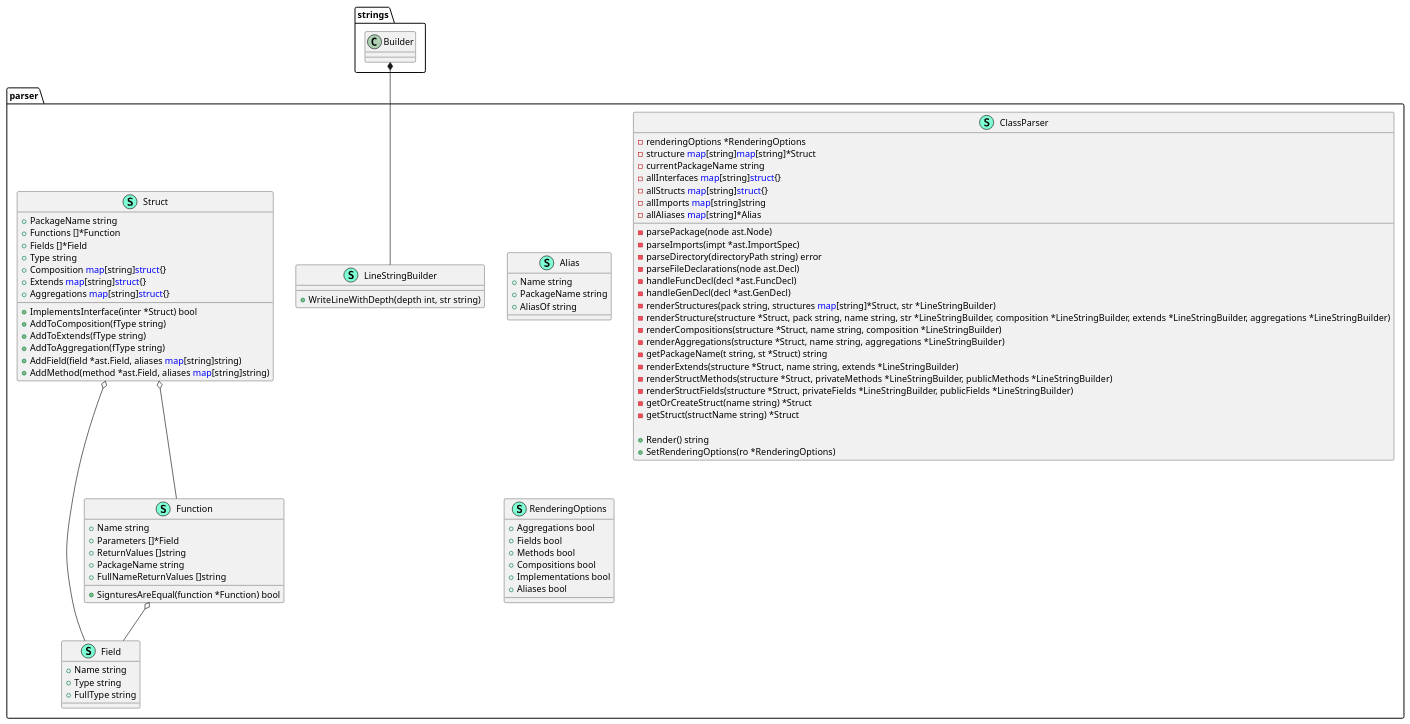
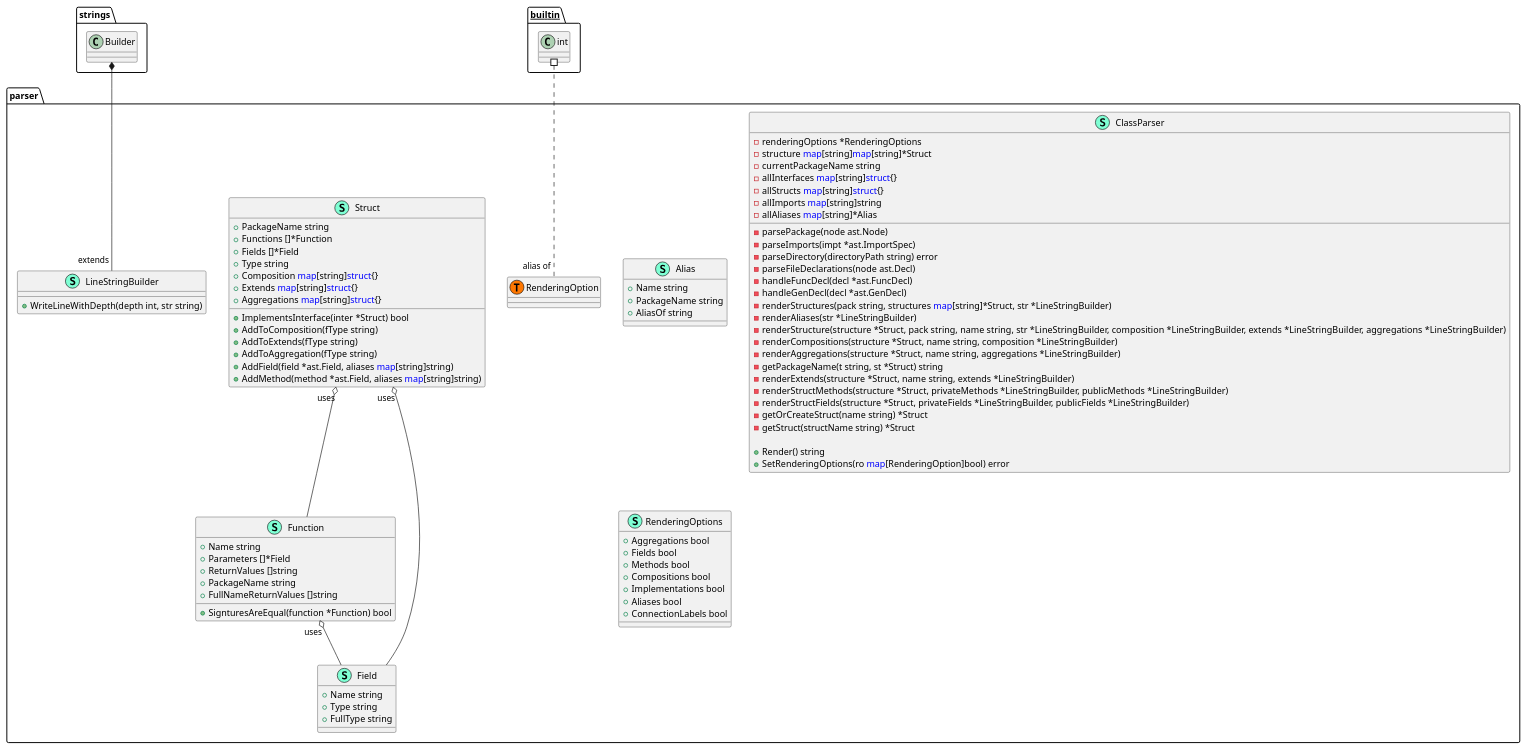
One commit to thgoexpt/PlantUML-Class-Diagram-Generator-for-golang-projects changed the diagram in ClassDiagram.puml. Above: the diagram before and after it, drawn with PlantUML. The commit also changed 5 other files, not shown here.

```diff
--- a/ClassDiagram.puml
+++ b/ClassDiagram.puml
@@ -1,93 +1,98 @@
 @startuml
 namespace parser {
     class Alias << (S,Aquamarine) >> {
         + Name string
         + PackageName string
         + AliasOf string
 
     }
     class ClassParser << (S,Aquamarine) >> {
         - renderingOptions *RenderingOptions
         - structure <font color=blue>map</font>[string]<font color=blue>map</font>[string]*Struct
         - currentPackageName string
         - allInterfaces <font color=blue>map</font>[string]<font color=blue>struct</font>{}
         - allStructs <font color=blue>map</font>[string]<font color=blue>struct</font>{}
         - allImports <font color=blue>map</font>[string]string
         - allAliases <font color=blue>map</font>[string]*Alias
 
         - parsePackage(node ast.Node) 
         - parseImports(impt *ast.ImportSpec) 
         - parseDirectory(directoryPath string) error
         - parseFileDeclarations(node ast.Decl) 
         - handleFuncDecl(decl *ast.FuncDecl) 
         - handleGenDecl(decl *ast.GenDecl) 
         - renderStructures(pack string, structures <font color=blue>map</font>[string]*Struct, str *LineStringBuilder) 
+        - renderAliases(str *LineStringBuilder) 
         - renderStructure(structure *Struct, pack string, name string, str *LineStringBuilder, composition *LineStringBuilder, extends *LineStringBuilder, aggregations *LineStringBuilder) 
         - renderCompositions(structure *Struct, name string, composition *LineStringBuilder) 
         - renderAggregations(structure *Struct, name string, aggregations *LineStringBuilder) 
         - getPackageName(t string, st *Struct) string
         - renderExtends(structure *Struct, name string, extends *LineStringBuilder) 
         - renderStructMethods(structure *Struct, privateMethods *LineStringBuilder, publicMethods *LineStringBuilder) 
         - renderStructFields(structure *Struct, privateFields *LineStringBuilder, publicFields *LineStringBuilder) 
         - getOrCreateStruct(name string) *Struct
         - getStruct(structName string) *Struct
 
         + Render() string
-        + SetRenderingOptions(ro *RenderingOptions) 
+        + SetRenderingOptions(ro <font color=blue>map</font>[RenderingOption]bool) error
 
     }
     class Field << (S,Aquamarine) >> {
         + Name string
         + Type string
         + FullType string
 
     }
     class Function << (S,Aquamarine) >> {
         + Name string
         + Parameters []*Field
         + ReturnValues []string
         + PackageName string
         + FullNameReturnValues []string
 
         + SignturesAreEqual(function *Function) bool
 
     }
     class LineStringBuilder << (S,Aquamarine) >> {
         + WriteLineWithDepth(depth int, str string) 
 
     }
     class RenderingOptions << (S,Aquamarine) >> {
         + Aggregations bool
         + Fields bool
         + Methods bool
         + Compositions bool
         + Implementations bool
         + Aliases bool
+        + ConnectionLabels bool
 
     }
     class Struct << (S,Aquamarine) >> {
         + PackageName string
         + Functions []*Function
         + Fields []*Field
         + Type string
         + Composition <font color=blue>map</font>[string]<font color=blue>struct</font>{}
         + Extends <font color=blue>map</font>[string]<font color=blue>struct</font>{}
         + Aggregations <font color=blue>map</font>[string]<font color=blue>struct</font>{}
 
         + ImplementsInterface(inter *Struct) bool
         + AddToComposition(fType string) 
         + AddToExtends(fType string) 
         + AddToAggregation(fType string) 
         + AddField(field *ast.Field, aliases <font color=blue>map</font>[string]string) 
         + AddMethod(method *ast.Field, aliases <font color=blue>map</font>[string]string) 
 
     }
+    class parser.RenderingOption << (T, #FF7700) >>  {
+    }
 }
-"strings.Builder" *-- "parser.LineStringBuilder"
+"strings.Builder" *-- "extends""parser.LineStringBuilder"
 
 
-"parser.Function" o-- "parser.Field"
-"parser.Struct" o-- "parser.Field"
-"parser.Struct" o-- "parser.Function"
+"parser.Function""uses" o-- "parser.Field"
+"parser.Struct""uses" o-- "parser.Field"
+"parser.Struct""uses" o-- "parser.Function"
 
+"__builtin__.int" #.. "alias of""parser.RenderingOption"
 @enduml
```
